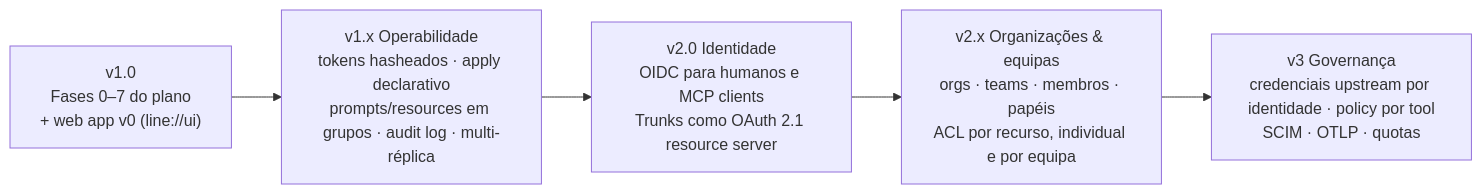
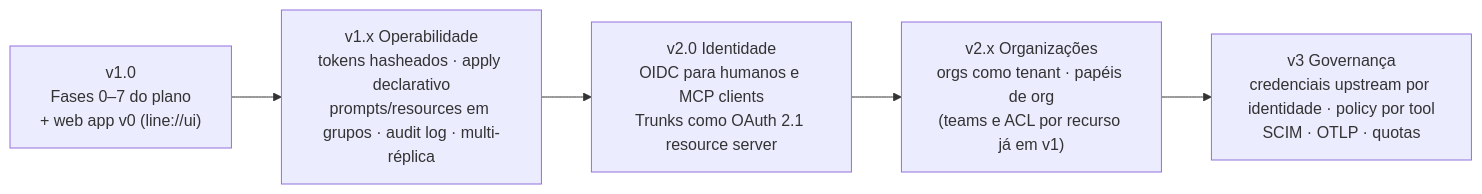
Before and after one commit to websublime/trunks: the first of 5 diagrams in docs/05-roadmap.md, drawn with Mermaid. The commit also changed other lines of this file and 22 other files, not shown here.

````diff
--- a/docs/05-roadmap.md
+++ b/docs/05-roadmap.md
@@ -17,9 +17,9 @@
 ```mermaid
 flowchart LR
     v10["v1.0<br/>Fases 0–7 do plano<br/>+ web app v0 (line://ui)"]
     v11["v1.x Operabilidade<br/>tokens hasheados · apply declarativo<br/>prompts/resources em grupos · audit log · multi-réplica"]
     v20["v2.0 Identidade<br/>OIDC para humanos e MCP clients<br/>Trunks como OAuth 2.1 resource server"]
-    v21["v2.x Organizações & equipas<br/>orgs · teams · membros · papéis<br/>ACL por recurso, individual e por equipa"]
+    v21["v2.x Organizações<br/>orgs como tenant · papéis de org<br/>(teams e ACL por recurso já em v1)"]
     v30["v3 Governança<br/>credenciais upstream por identidade · policy por tool<br/>SCIM · OTLP · quotas"]
     v10 --> v11 --> v20 --> v21 --> v30
 ```
````
